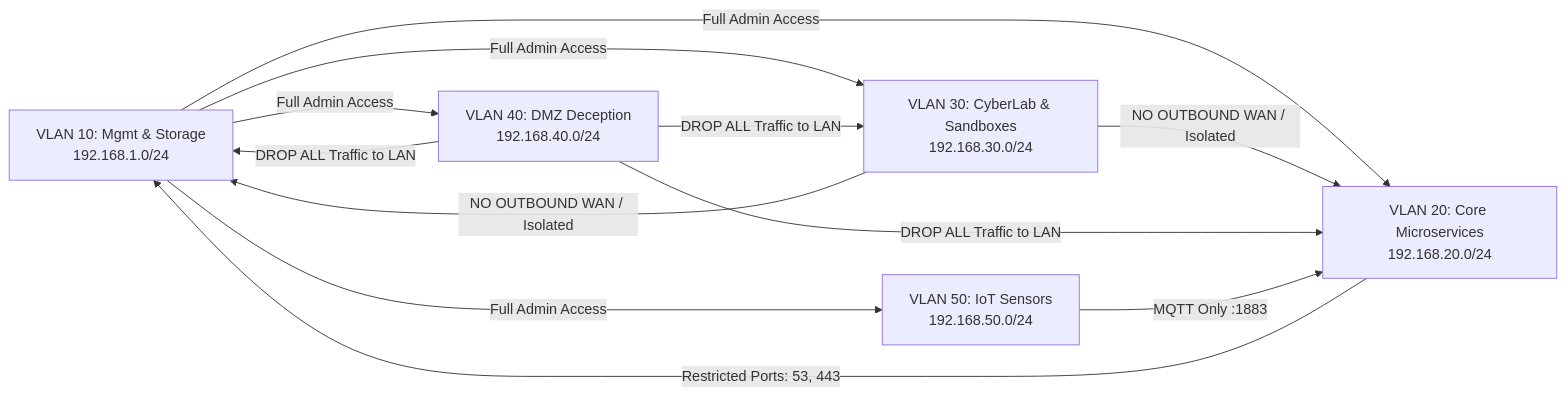
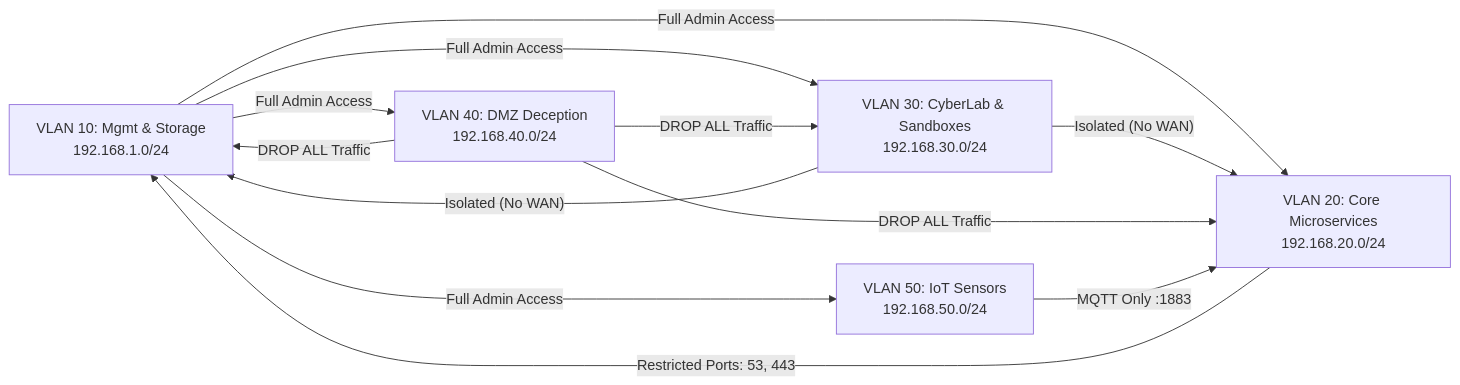
Before and after one commit to stefanutc1/datacenter: the seventh of 13 diagrams in README.md, drawn with Mermaid. The commit also changed other lines of this file and 6 other files, not shown here.

First line of the commit message:
fix(docs): repair broken Mermaid diagram syntax across markdown files

````diff
--- a/README.md
+++ b/README.md
@@ -484,14 +492,20 @@
 ```mermaid
 flowchart LR
- VLAN10["VLAN 10: Mgmt & Storage<br/>192.168.1.0/24"]
- VLAN20["VLAN 20: Core Microservices<br/>192.168.20.0/24"]
- VLAN30["VLAN 30: CyberLab & Sandboxes<br/>192.168.30.0/24"]
- VLAN40["VLAN 40: DMZ Deception<br/>192.168.40.0/24"]
- VLAN50["VLAN 50: IoT Sensors<br/>192.168.50.0/24"]
+    VLAN10["VLAN 10: Mgmt & Storage<br/>192.168.1.0/24"]
+    VLAN20["VLAN 20: Core Microservices<br/>192.168.20.0/24"]
+    VLAN30["VLAN 30: CyberLab & Sandboxes<br/>192.168.30.0/24"]
+    VLAN40["VLAN 40: DMZ Deception<br/>192.168.40.0/24"]
+    VLAN50["VLAN 50: IoT Sensors<br/>192.168.50.0/24"]
 
- VLAN10 -->|"Full Admin Access"| VLAN20 & VLAN30 & VLAN40 & VLAN50
- VLAN20 -->|"Restricted Ports: 53, 443"| VLAN10
- VLAN30 -->|"NO OUTBOUND WAN / Isolated"| VLAN10 & VLAN20
- VLAN40 -->|"DROP ALL Traffic to LAN"| VLAN10 & VLAN20 & VLAN30
- VLAN50 -->|"MQTT Only :1883"| VLAN20
+    VLAN10 -->|"Full Admin Access"| VLAN20
+    VLAN10 -->|"Full Admin Access"| VLAN30
+    VLAN10 -->|"Full Admin Access"| VLAN40
+    VLAN10 -->|"Full Admin Access"| VLAN50
+    VLAN20 -->|"Restricted Ports: 53, 443"| VLAN10
+    VLAN30 -->|"Isolated (No WAN)"| VLAN10
+    VLAN30 -->|"Isolated (No WAN)"| VLAN20
+    VLAN40 -->|"DROP ALL Traffic"| VLAN10
+    VLAN40 -->|"DROP ALL Traffic"| VLAN20
+    VLAN40 -->|"DROP ALL Traffic"| VLAN30
+    VLAN50 -->|"MQTT Only :1883"| VLAN20
 ```
````
